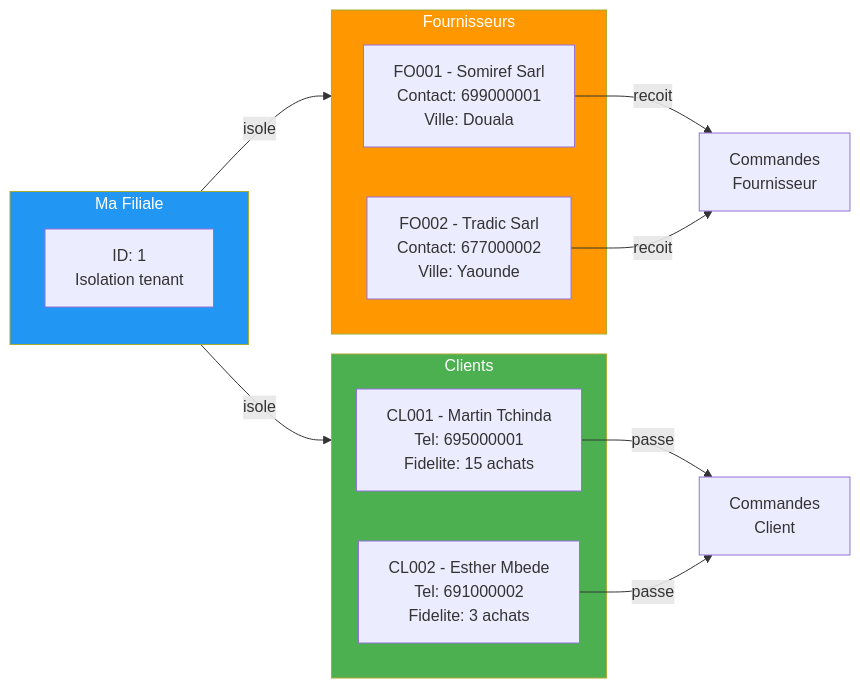
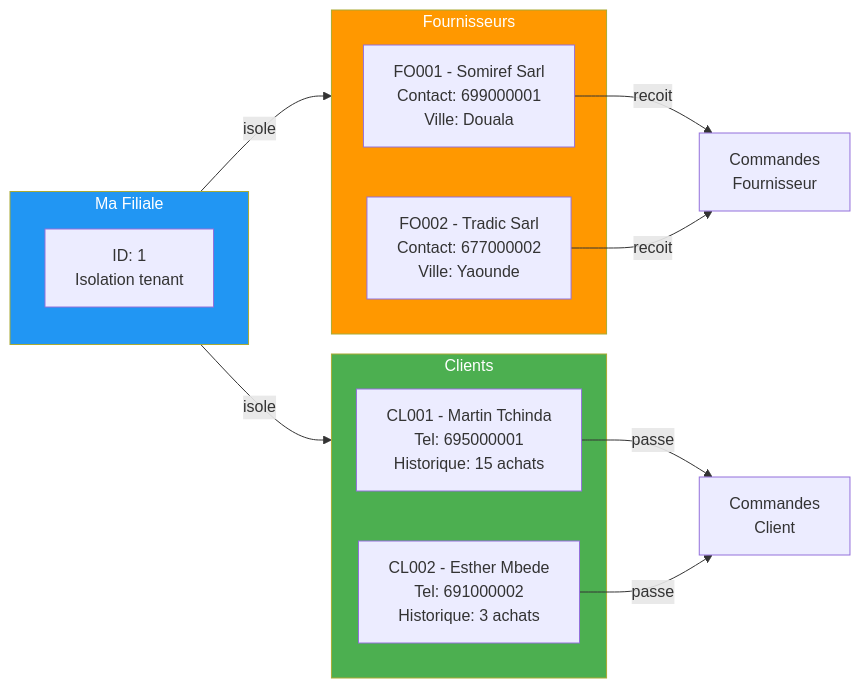
The first of 2 diagrams in document/diagrams/06-tiers-clients-fournisseurs.md (ulruchdev/gestion_de_stok_multifiliale), drawn with Mermaid before and after one commit. The commit also changed 6 other files, not shown here.

````diff
--- a/document/diagrams/06-tiers-clients-fournisseurs.md
+++ b/document/diagrams/06-tiers-clients-fournisseurs.md
@@ -5,28 +5,28 @@
 ```mermaid
 graph LR
     subgraph Entreprise["Ma Filiale"]
         E[ID: 1<br/>Isolation tenant]
     end
 
     subgraph Fournisseurs["Fournisseurs"]
         F1[FO001 - Somiref Sarl<br/>Contact: 699000001<br/>Ville: Douala]
         F2[FO002 - Tradic Sarl<br/>Contact: 677000002<br/>Ville: Yaounde]
     end
 
     subgraph Clients["Clients"]
-        C1[CL001 - Martin Tchinda<br/>Tel: 695000001<br/>Fidelite: 15 achats]
-        C2[CL002 - Esther Mbede<br/>Tel: 691000002<br/>Fidelite: 3 achats]
+        C1[CL001 - Martin Tchinda<br/>Tel: 695000001<br/>Historique: 15 achats]
+        C2[CL002 - Esther Mbede<br/>Tel: 691000002<br/>Historique: 3 achats]
     end
 
     Entreprise -->|isole| Fournisseurs
     Entreprise -->|isole| Clients
 
     F1 -->|recoit| Achats[Commandes<br/>Fournisseur]
     F2 -->|recoit| Achats
     C1 -->|passe| Ventes[Commandes<br/>Client]
     C2 -->|passe| Ventes
 
     style Entreprise fill:#2196F3,color:white
     style Fournisseurs fill:#FF9800,color:white
     style Clients fill:#4CAF50,color:white
 ```
````
